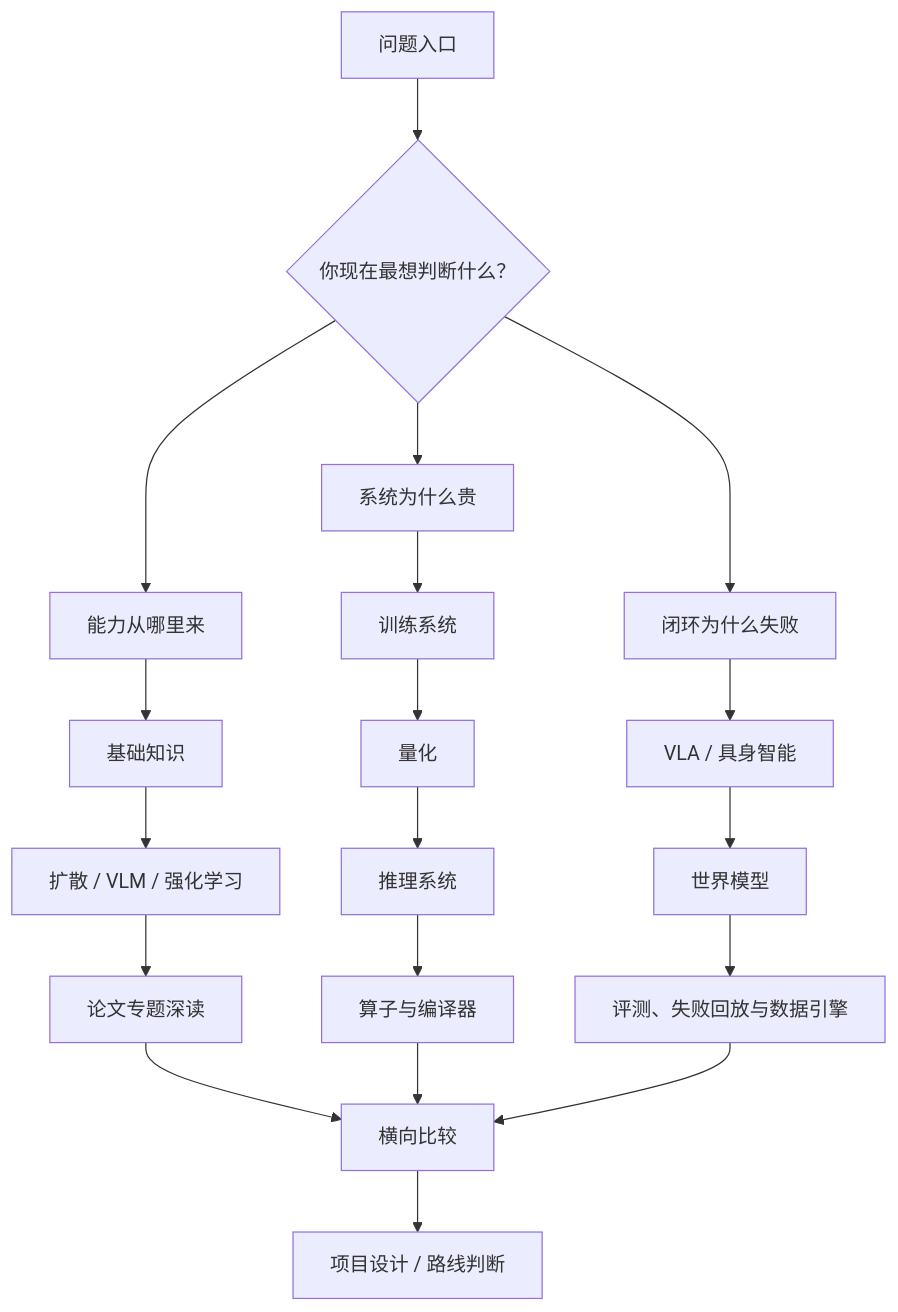
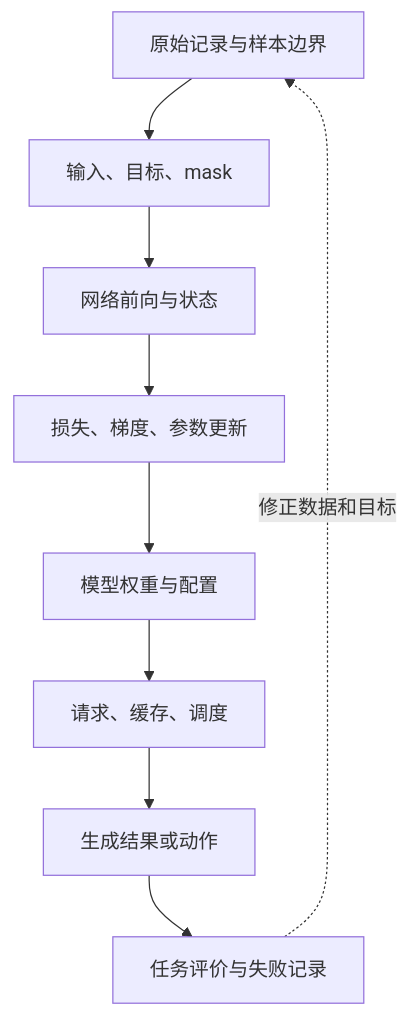
The diagram in files/roadmap/index.md (Charles2530/Charles-AI-notes), drawn with Mermaid before and after one commit. The commit also changed other lines of this file and 954 other files, not shown here.

````diff
--- a/files/roadmap/index.md
+++ b/files/roadmap/index.md
@@ -38,21 +9,11 @@
 ```mermaid
 flowchart TD
-    A["问题入口"] --> B{"你现在最想判断什么？"}
-    B --> C["能力从哪里来"]
-    B --> D["系统为什么贵"]
-    B --> E["闭环为什么失败"]
-    C --> C1["基础知识"]
-    C1 --> C2["扩散 / VLM / 强化学习"]
-    C2 --> C3["论文专题深读"]
-    D --> D1["训练系统"]
-    D1 --> D2["量化"]
-    D2 --> D3["推理系统"]
-    D3 --> D4["算子与编译器"]
-    E --> E1["VLA / 具身智能"]
-    E1 --> E2["世界模型"]
-    E2 --> E3["评测、失败回放与数据引擎"]
-    C3 --> F["横向比较"]
-    D4 --> F
-    E3 --> F
-    F --> G["项目设计 / 路线判断"]
+    D["原始记录与样本边界"] --> X["输入、目标、mask"]
+    X --> F["网络前向与状态"]
+    F --> L["损失、梯度、参数更新"]
+    L --> W["模型权重与配置"]
+    W --> S["请求、缓存、调度"]
+    S --> O["生成结果或动作"]
+    O --> E["任务评价与失败记录"]
+    E -. "修正数据和目标" .-> D
 ```
````
